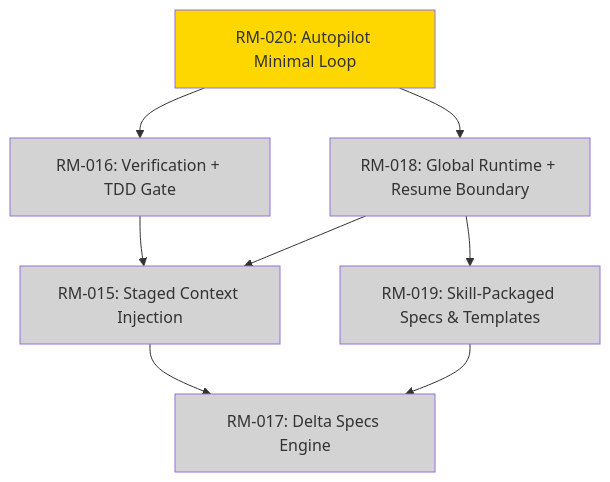
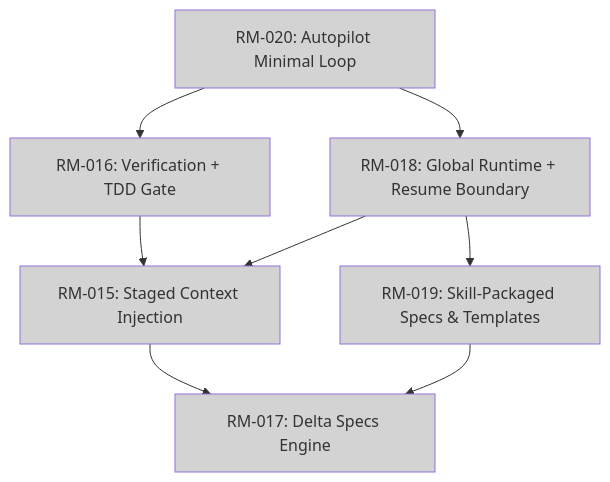
One commit to Dimon94/cc-devflow changed the diagram in devflow/ROADMAP.md. Above: the diagram before and after it, drawn with Mermaid. The commit also changed other lines of this file and 7 other files, not shown here.

First line of the commit message:
docs(roadmap): align command with acceptance criteria

````diff
--- a/devflow/ROADMAP.md
+++ b/devflow/ROADMAP.md
@@ -226,17 +225,17 @@
 ```mermaid
 graph TD
     RM020["RM-020: Autopilot Minimal Loop"] --> RM016["RM-016: Verification + TDD Gate"]
     RM020 --> RM018["RM-018: Global Runtime + Resume Boundary"]
     RM016 --> RM015["RM-015: Staged Context Injection"]
     RM018 --> RM015
     RM018 --> RM019["RM-019: Skill-Packaged Specs & Templates"]
     RM015 --> RM017["RM-017: Delta Specs Engine"]
     RM019 --> RM017
 
-    style RM020 fill:#FFD700
+    style RM020 fill:#D3D3D3
     style RM016 fill:#D3D3D3
     style RM018 fill:#D3D3D3
     style RM015 fill:#D3D3D3
     style RM019 fill:#D3D3D3
     style RM017 fill:#D3D3D3
 ```
````
